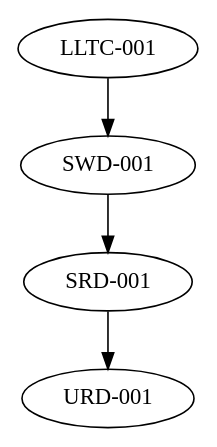
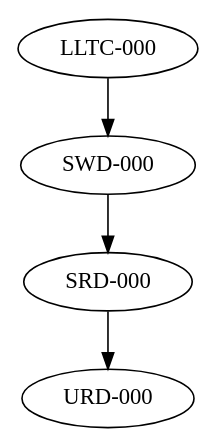
One commit to Zahhask45/Team04_DrivaPi changed the diagram in .dotstop.dot. Above: the diagram before and after it, drawn with Graphviz. The commit also changed 21 other files, not shown here.

```diff
--- a/.dotstop.dot
+++ b/.dotstop.dot
@@ -1,12 +1,12 @@
 # This file is automatically generated by dotstop and should not be edited manually.
 # Generated using trustable 2025.9.16.
 
 digraph G {
-"URD-001" [sha="6067943462e34177f078336c16392b1b4cd7cf2b0095de40c9989ff2dab76a72"];
-"LLTC-001" [sha="1ba765875bb0c0e1e38d6d050522fdd615349aa34726a10115800a0e9059fb2d"];
-"SRD-001" [sha="b38e5bdb06ab55aeca5fc680ad13b55c7fb50e37b6873c6ccb21edfb8caf4833"];
-"SWD-001" [sha="17b6fdf08d20eaa7968be70830349d0345de16b70efc5311608a80657e0ef942"];
-"LLTC-001" -> "SWD-001" [sha="f418ca6427930dd1e31eda945d8a226909913456b25eed0ca9d85bdee29cecf4"];
-"SRD-001" -> "URD-001" [sha="dac5b04aee48944ab632fb0cc0cdf6d60c89b61122add62cfad02aeda2c77ff7"];
-"SWD-001" -> "SRD-001" [sha="05471e3ef4a89ac18b41d9338ff18c47a353bb947d0864a511af0e550ea28358"];
+"SRD-000" [sha="5d24c26cb00c58cdc3c258b9c21fef8b7654ae9bae227425bf46e5bca914ba89"];
+"LLTC-000" [sha="e56df2a9ebe8d42a490365ad0b5af6686246421c1860ea3a49dbbed9096b2127"];
+"SWD-000" [sha="eb98a00d9c77ea66c80ad8e87196f1aa64624f1071d723e01d8b0959ac4ae6d3"];
+"URD-000" [sha="013eb93d68bfc864ef0d41c3037d61d9da8cbea285a1ce488d7717aed74e3f7d"];
+"SRD-000" -> "URD-000" [sha="0444c87141e46d2386ec17789719d668f83e4a22c6572d70dc61fe607b29a8db"];
+"LLTC-000" -> "SWD-000" [sha="6e383a1d5f4f3b90757d5f230cd5fc20d14f1df229dae091e4ec03a8b6aeacf8"];
+"SWD-000" -> "SRD-000" [sha="512d1060b095027dab9d6a3b88b20a80ac38c32b002e1d65343576771f94c937"];
 }
```
